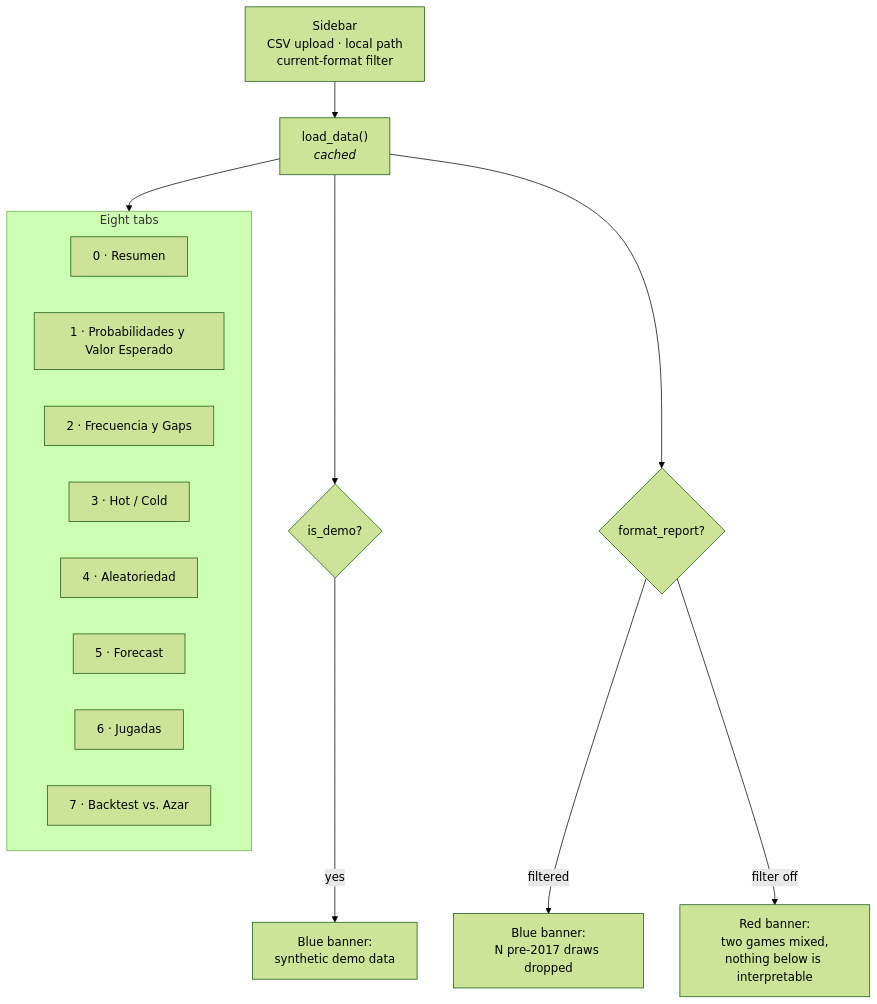
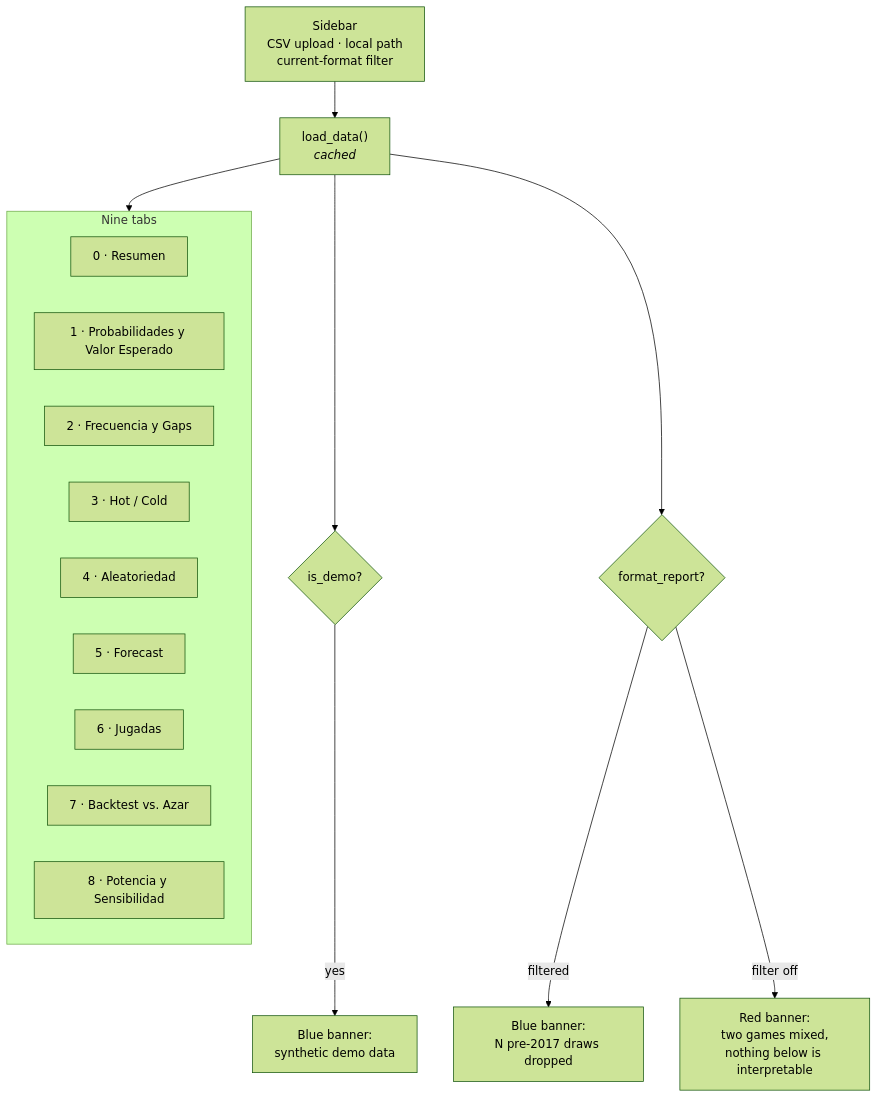
The diagram in docs/dashboard.md (andresfelipe9619/prophet-playground), drawn with Mermaid (forest theme) before and after one commit. The commit also changed other lines of this file and 10 other files, not shown here.

````diff
--- a/docs/dashboard.md
+++ b/docs/dashboard.md
@@ -10,21 +10,22 @@
 ```mermaid
 flowchart TD
     SIDE["Sidebar<br/>CSV upload · local path<br/>current-format filter"] --> LOAD["load_data()<br/><i>cached</i>"]
     LOAD --> BANNER{"is_demo?"}
     BANNER -->|"yes"| INFO["Blue banner:<br/>synthetic demo data"]
     LOAD --> FMT{"format_report?"}
     FMT -->|"filtered"| DROP["Blue banner:<br/>N pre-2017 draws dropped"]
     FMT -->|"filter off"| MIX["Red banner:<br/>two games mixed,<br/>nothing below is interpretable"]
     LOAD --> T
 
-    subgraph T["Eight tabs"]
+    subgraph T["Nine tabs"]
         T0["0 · Resumen"]
         T1["1 · Probabilidades y Valor Esperado"]
         T2["2 · Frecuencia y Gaps"]
         T3["3 · Hot / Cold"]
         T4["4 · Aleatoriedad"]
         T5["5 · Forecast"]
         T6["6 · Jugadas"]
         T7["7 · Backtest vs. Azar"]
+        T8["8 · Potencia y Sensibilidad"]
     end
 ```
````
